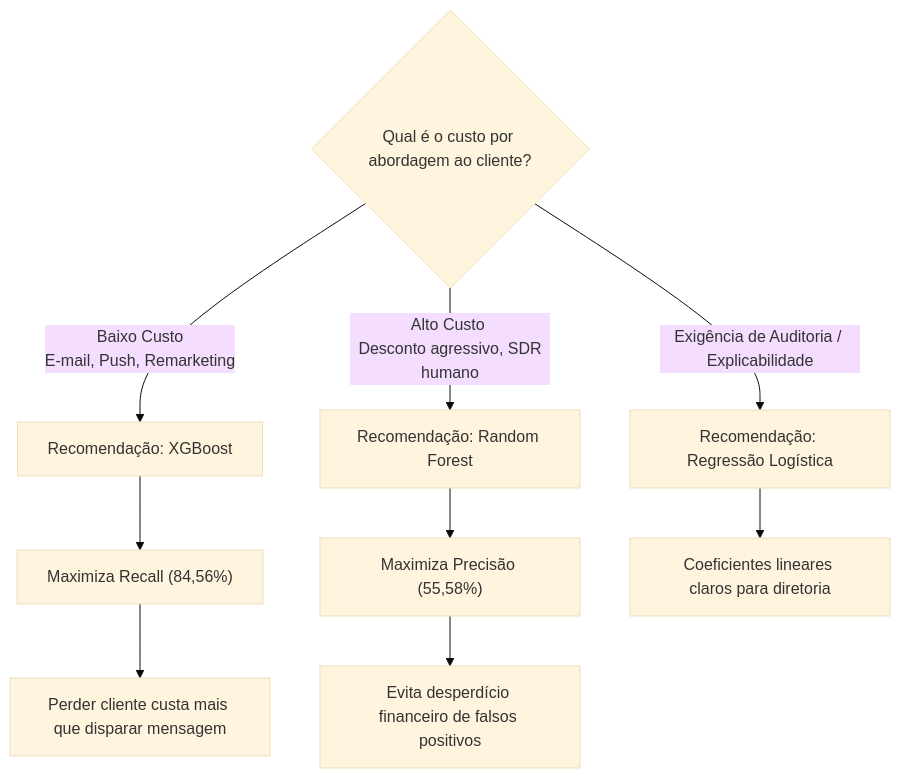
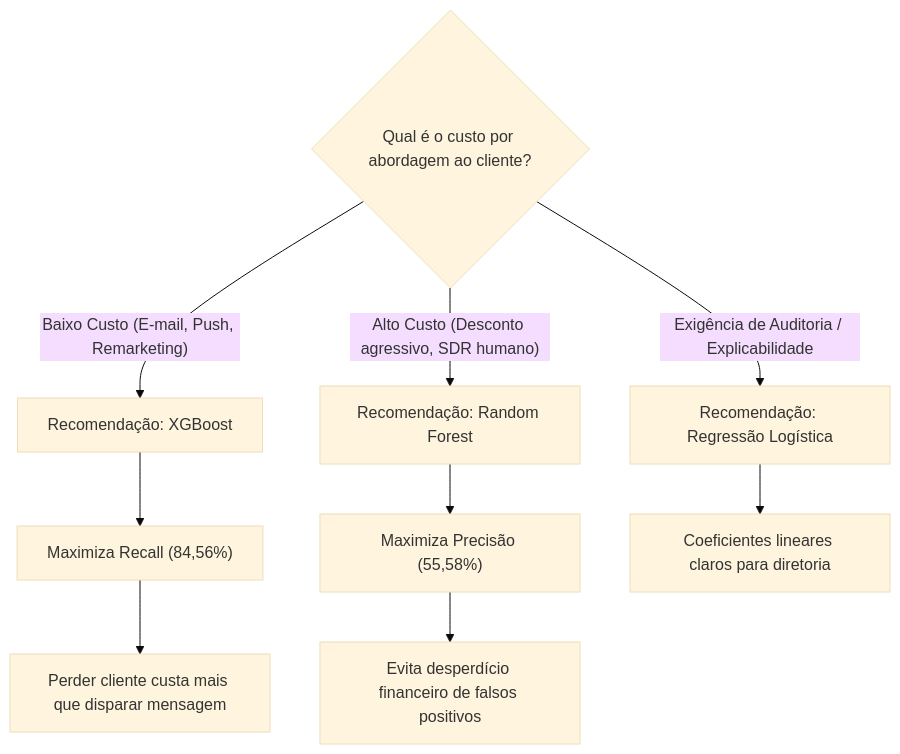
Before and after one commit to joas005/comparativo_ml_propensao_compra: the second of 2 diagrams in README.md, drawn with Mermaid (base theme). The commit also changed other lines of this file, not shown here.

````diff
--- a/README.md
+++ b/README.md
@@ -261,15 +263,15 @@
 ```mermaid
 flowchart TD
     Q1{"Qual é o custo por abordagem ao cliente?"}
     
-    Q1 -->|Baixo Custo <br> E-mail, Push, Remarketing| A["Recomendação: XGBoost"]
+    Q1 -->|"Baixo Custo (E-mail, Push, Remarketing)"| A["Recomendação: XGBoost"]
     A --> A1["Maximiza Recall (84,56%)"]
     A1 --> A2["Perder cliente custa mais que disparar mensagem"]
     
-    Q1 -->|Alto Custo <br> Desconto agressivo, SDR humano| B["Recomendação: Random Forest"]
+    Q1 -->|"Alto Custo (Desconto agressivo, SDR humano)"| B["Recomendação: Random Forest"]
     B --> B1["Maximiza Precisão (55,58%)"]
     B1 --> B2["Evita desperdício financeiro de falsos positivos"]
     
-    Q1 -->|Exigência de Auditoria / Explicabilidade| C["Recomendação: Regressão Logística"]
+    Q1 -->|"Exigência de Auditoria / Explicabilidade"| C["Recomendação: Regressão Logística"]
     C --> C1["Coeficientes lineares claros para diretoria"]
 ```
````
